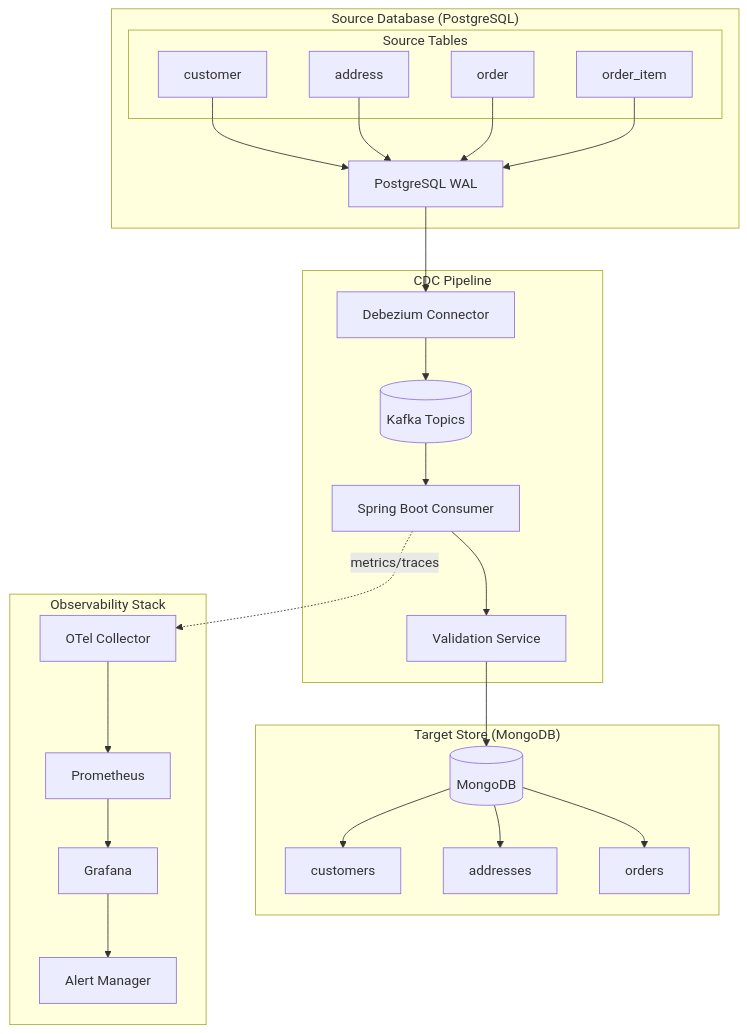
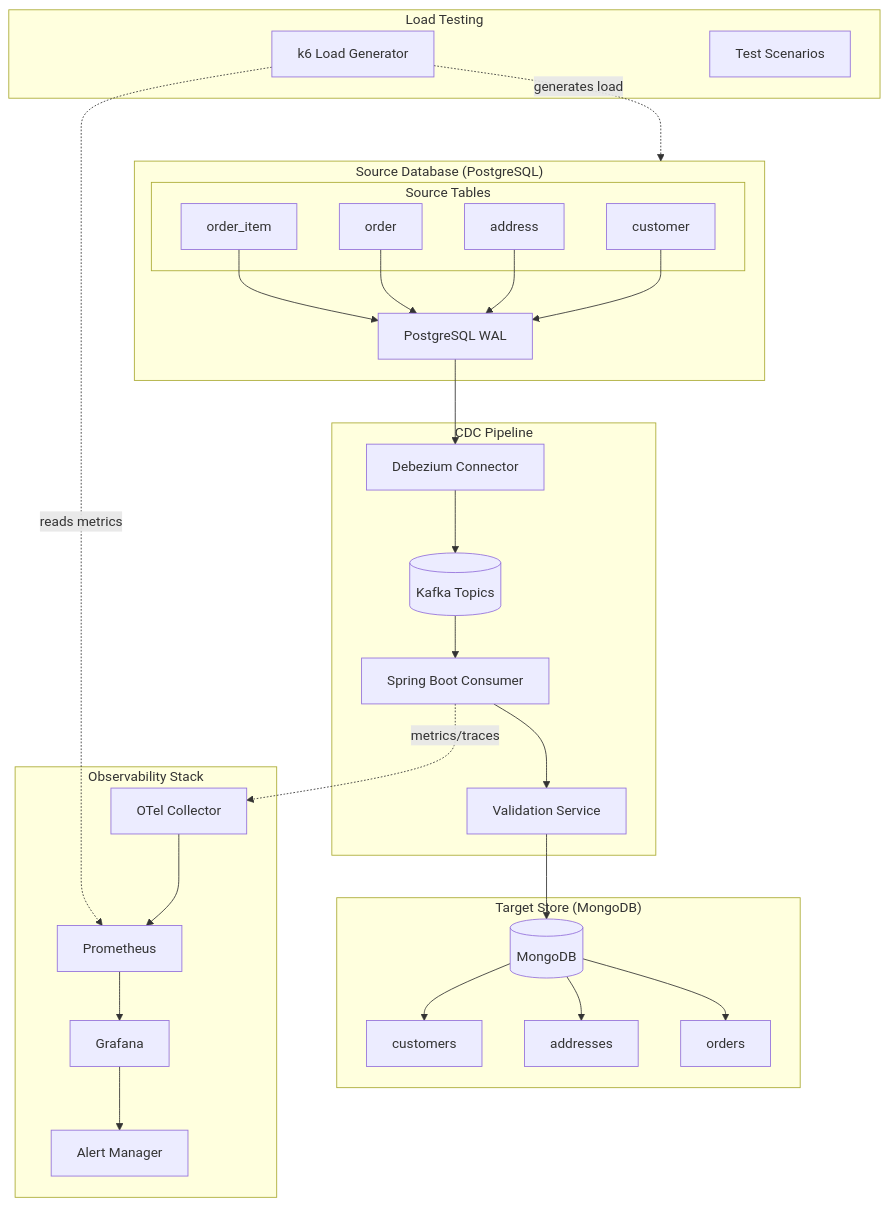
Before and after one commit to cebartling/spring-boot-spikes: the first of 13 diagrams in cdc-debezium/docs/features/FEATURE-002.md, drawn with Mermaid. The commit also changed other lines of this file, not shown here.

First line of the commit message:
docs: Add Feature 2.7 load testing with k6 to FEATURE-002

````diff
--- a/cdc-debezium/docs/features/FEATURE-002.md
+++ b/cdc-debezium/docs/features/FEATURE-002.md
@@ -26,51 +27,59 @@
 ```mermaid
 flowchart TB
     subgraph SOURCE["Source Database (PostgreSQL)"]
         PG_WAL[PostgreSQL WAL]
         subgraph TABLES["Source Tables"]
             T_CUST[customer]
             T_ADDR[address]
             T_ORD[order]
             T_ITEM[order_item]
         end
         T_CUST --> PG_WAL
         T_ADDR --> PG_WAL
         T_ORD --> PG_WAL
         T_ITEM --> PG_WAL
     end
 
     subgraph CDC["CDC Pipeline"]
         DBZ[Debezium Connector]
         KAFKA[(Kafka Topics)]
         CONSUMER[Spring Boot Consumer]
         VALIDATOR[Validation Service]
     end
 
     subgraph TARGET["Target Store (MongoDB)"]
         MONGO[(MongoDB)]
         CUST_DOC[customers]
         ADDR_DOC[addresses]
         ORD_DOC[orders]
     end
 
     subgraph OBS["Observability Stack"]
         OTEL[OTel Collector]
         PROM[Prometheus]
         GRAFANA[Grafana]
         ALERTS[Alert Manager]
     end
 
+    subgraph LOADTEST["Load Testing"]
+        K6[k6 Load Generator]
+        SCRIPTS[Test Scenarios]
+    end
+
     PG_WAL --> DBZ
     DBZ --> KAFKA
     KAFKA --> CONSUMER
     CONSUMER --> VALIDATOR
     VALIDATOR --> MONGO
     MONGO --> CUST_DOC
     MONGO --> ADDR_DOC
     MONGO --> ORD_DOC
 
     CONSUMER -. metrics/traces .-> OTEL
     OTEL --> PROM
     PROM --> GRAFANA
     GRAFANA --> ALERTS
+
+    K6 -. generates load .-> SOURCE
+    K6 -. reads metrics .-> PROM
 ```
````
